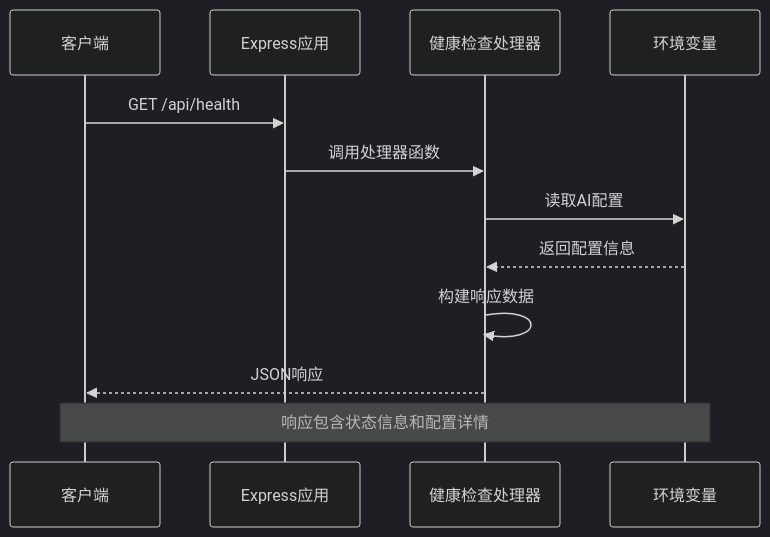
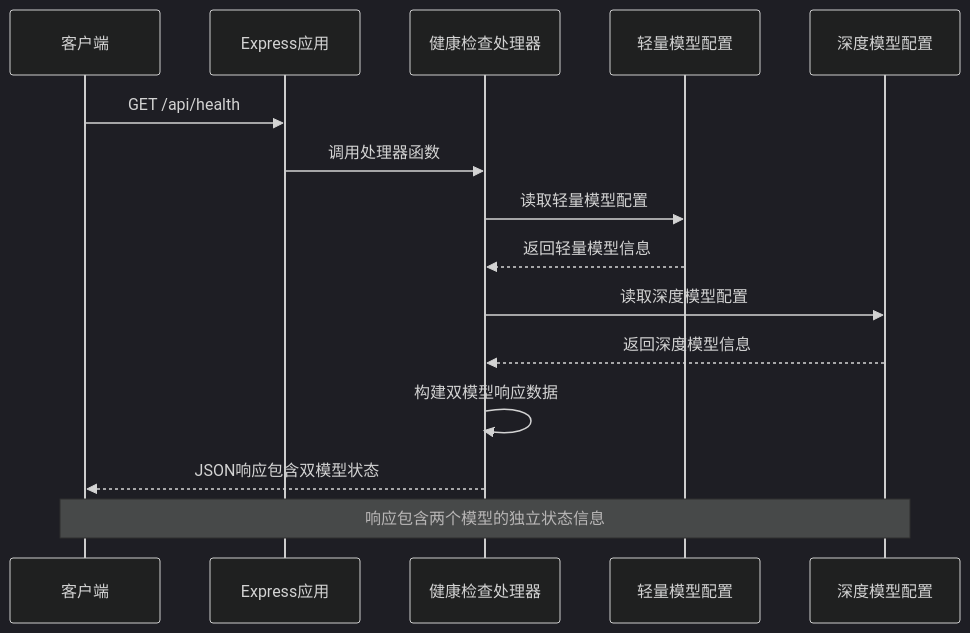
The second of 8 diagrams in .qoder/repowiki/zh/content/API参考文档/健康检查接口.md (aHin0805/FH6CarSettingAgent), drawn with Mermaid (dark theme) before and after one commit. The commit also changed other lines of this file and 59 other files, not shown here.

````diff
--- a/.qoder/repowiki/zh/content/API参考文档/健康检查接口.md
+++ b/.qoder/repowiki/zh/content/API参考文档/健康检查接口.md
@@ -75,14 +93,17 @@
 ```mermaid
 sequenceDiagram
 participant Client as 客户端
 participant Express as Express应用
 participant HealthHandler as 健康检查处理器
-participant Env as 环境变量
+participant LightConfig as 轻量模型配置
+participant DeepConfig as 深度模型配置
 Client->>Express : GET /api/health
 Express->>HealthHandler : 调用处理器函数
-HealthHandler->>Env : 读取AI配置
-Env-->>HealthHandler : 返回配置信息
-HealthHandler->>HealthHandler : 构建响应数据
-HealthHandler-->>Client : JSON响应
-Note over Client,Env : 响应包含状态信息和配置详情
+HealthHandler->>LightConfig : 读取轻量模型配置
+LightConfig-->>HealthHandler : 返回轻量模型信息
+HealthHandler->>DeepConfig : 读取深度模型配置
+DeepConfig-->>HealthHandler : 返回深度模型信息
+HealthHandler->>HealthHandler : 构建双模型响应数据
+HealthHandler-->>Client : JSON响应包含双模型状态
+Note over Client,DeepConfig : 响应包含两个模型的独立状态信息
 ```
````
